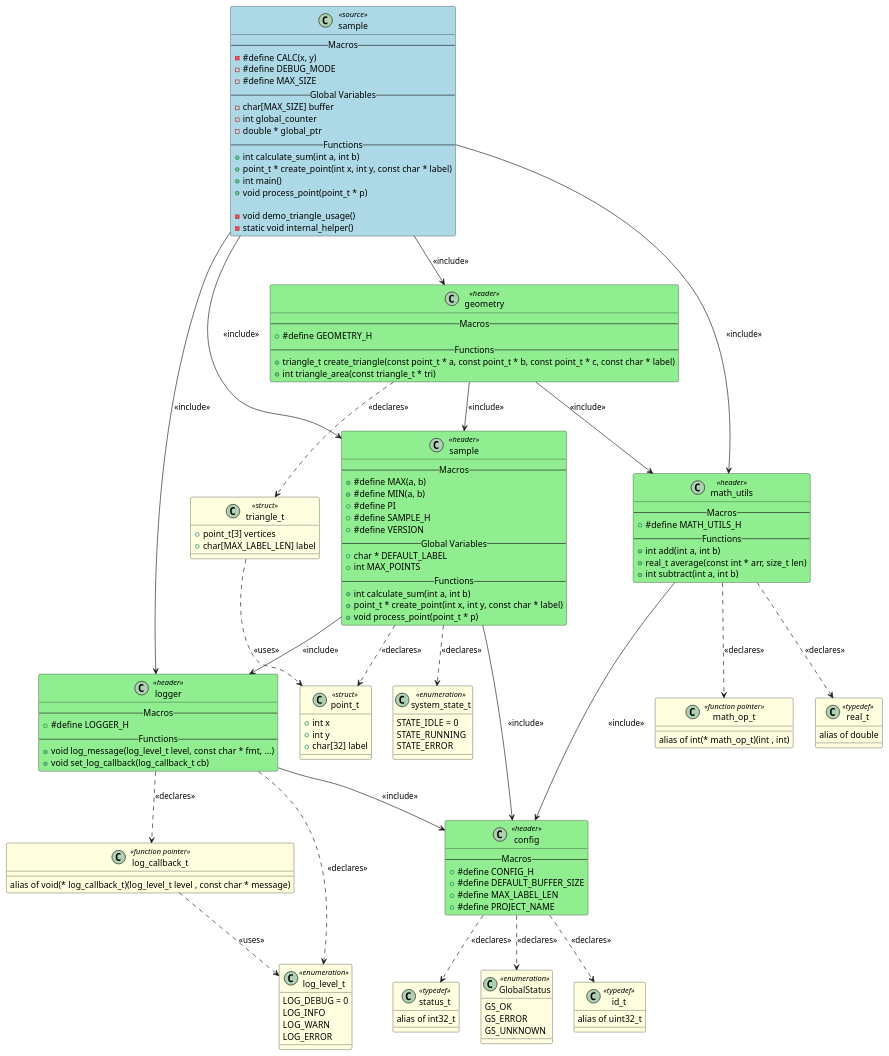
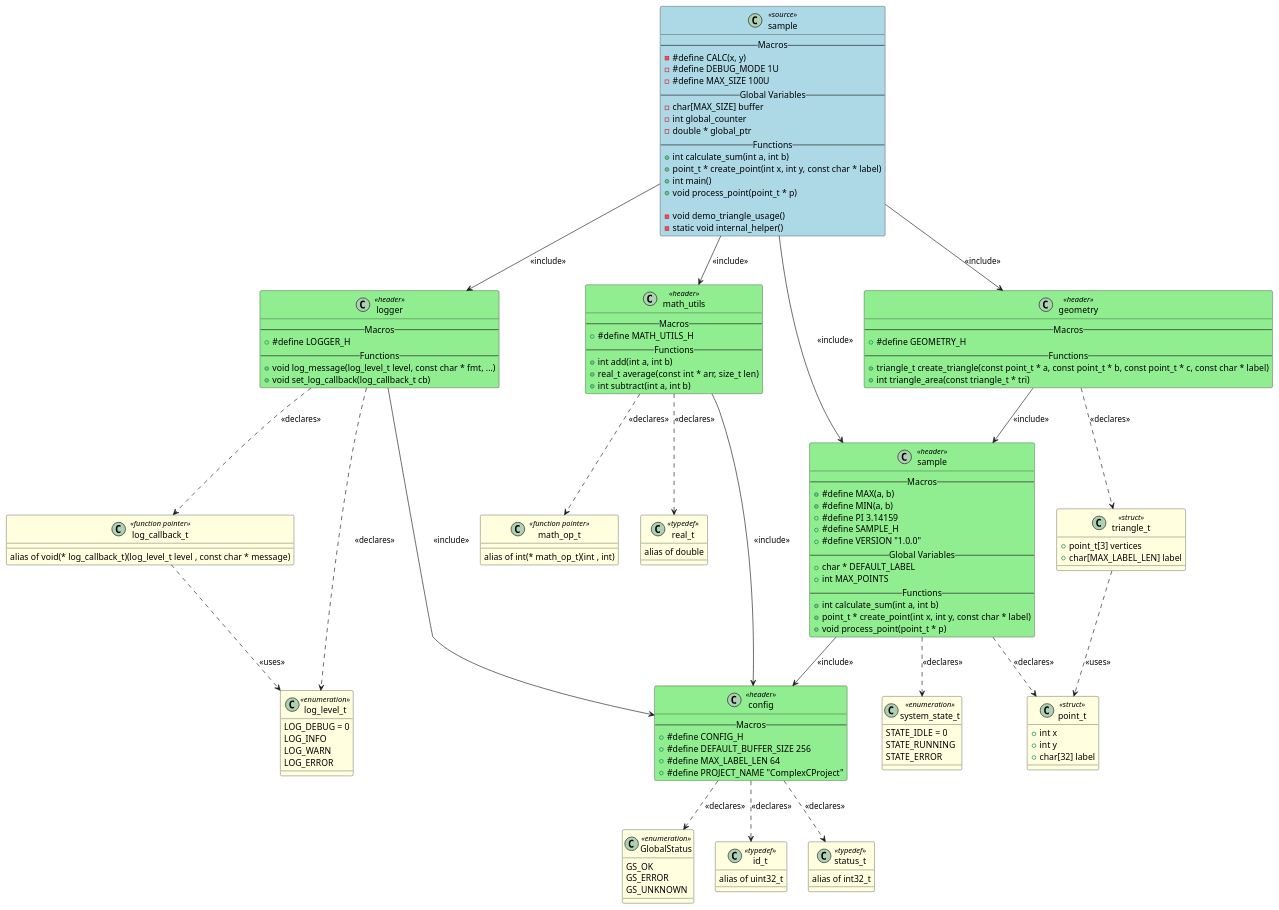
One commit to fischerjooo/c2puml changed the diagram in artifacts/output_example/sample.puml. Above: the diagram before and after it, drawn with PlantUML. The commit also changed 39 other files, not shown here.

```diff
--- a/artifacts/output_example/sample.puml
+++ b/artifacts/output_example/sample.puml
@@ -1,166 +1,164 @@
 @startuml sample
 
 class "sample" as SAMPLE <<source>> #LightBlue
 {
     -- Macros --
     - #define CALC(x, y)
-    - #define DEBUG_MODE
-    - #define MAX_SIZE
+    - #define DEBUG_MODE 1U
+    - #define MAX_SIZE 100U
     -- Global Variables --
     - char[MAX_SIZE] buffer
     - int global_counter
     - double * global_ptr
     -- Functions --
     + int calculate_sum(int a, int b)
     + point_t * create_point(int x, int y, const char * label)
     + int main()
     + void process_point(point_t * p)
 
     - void demo_triangle_usage()
     - static void internal_helper()
 }
 
 class "config" as HEADER_CONFIG <<header>> #LightGreen
 {
     -- Macros --
     + #define CONFIG_H
-    + #define DEFAULT_BUFFER_SIZE
-    + #define MAX_LABEL_LEN
-    + #define PROJECT_NAME
+    + #define DEFAULT_BUFFER_SIZE 256
+    + #define MAX_LABEL_LEN 64
+    + #define PROJECT_NAME "ComplexCProject"
 }
 
 class "geometry" as HEADER_GEOMETRY <<header>> #LightGreen
 {
     -- Macros --
     + #define GEOMETRY_H
     -- Functions --
     + triangle_t create_triangle(const point_t * a, const point_t * b, const point_t * c, const char * label)
     + int triangle_area(const triangle_t * tri)
 }
 
 class "logger" as HEADER_LOGGER <<header>> #LightGreen
 {
     -- Macros --
     + #define LOGGER_H
     -- Functions --
     + void log_message(log_level_t level, const char * fmt, ...)
     + void set_log_callback(log_callback_t cb)
 }
 
 class "math_utils" as HEADER_MATH_UTILS <<header>> #LightGreen
 {
     -- Macros --
     + #define MATH_UTILS_H
     -- Functions --
     + int add(int a, int b)
     + real_t average(const int * arr, size_t len)
     + int subtract(int a, int b)
 }
 
 class "sample" as HEADER_SAMPLE <<header>> #LightGreen
 {
     -- Macros --
     + #define MAX(a, b)
     + #define MIN(a, b)
-    + #define PI
+    + #define PI 3.14159
     + #define SAMPLE_H
-    + #define VERSION
+    + #define VERSION "1.0.0"
     -- Global Variables --
     + char * DEFAULT_LABEL
     + int MAX_POINTS
     -- Functions --
     + int calculate_sum(int a, int b)
     + point_t * create_point(int x, int y, const char * label)
     + void process_point(point_t * p)
 }
 
 class "GlobalStatus" as TYPEDEF_GLOBALSTATUS <<enumeration>> #LightYellow
 {
     GS_OK
     GS_ERROR
     GS_UNKNOWN
 }
 
 class "id_t" as TYPEDEF_ID_T <<typedef>> #LightYellow
 {
     alias of uint32_t
 }
 
 class "status_t" as TYPEDEF_STATUS_T <<typedef>> #LightYellow
 {
     alias of int32_t
 }
 
 class "triangle_t" as TYPEDEF_TRIANGLE_T <<struct>> #LightYellow
 {
     + point_t[3] vertices
     + char[MAX_LABEL_LEN] label
 }
 
 class "log_level_t" as TYPEDEF_LOG_LEVEL_T <<enumeration>> #LightYellow
 {
     LOG_DEBUG = 0
     LOG_INFO
     LOG_WARN
     LOG_ERROR
 }
 
 class "log_callback_t" as TYPEDEF_LOG_CALLBACK_T <<function pointer>> #LightYellow
 {
     alias of void(* log_callback_t)(log_level_t level , const char * message)
 }
 
 class "math_op_t" as TYPEDEF_MATH_OP_T <<function pointer>> #LightYellow
 {
     alias of int(* math_op_t)(int , int)
 }
 
 class "real_t" as TYPEDEF_REAL_T <<typedef>> #LightYellow
 {
     alias of double
 }
 
 class "point_t" as TYPEDEF_POINT_T <<struct>> #LightYellow
 {
     + int x
     + int y
     + char[32] label
 }
 
 class "system_state_t" as TYPEDEF_SYSTEM_STATE_T <<enumeration>> #LightYellow
 {
     STATE_IDLE = 0
     STATE_RUNNING
     STATE_ERROR
 }
 
 
 ' Include relationships
-HEADER_GEOMETRY --> HEADER_MATH_UTILS : <<include>>
 HEADER_GEOMETRY --> HEADER_SAMPLE : <<include>>
 HEADER_LOGGER --> HEADER_CONFIG : <<include>>
 HEADER_MATH_UTILS --> HEADER_CONFIG : <<include>>
 SAMPLE --> HEADER_GEOMETRY : <<include>>
 SAMPLE --> HEADER_LOGGER : <<include>>
 SAMPLE --> HEADER_MATH_UTILS : <<include>>
 SAMPLE --> HEADER_SAMPLE : <<include>>
 HEADER_SAMPLE --> HEADER_CONFIG : <<include>>
-HEADER_SAMPLE --> HEADER_LOGGER : <<include>>
 
 ' Declaration relationships
 HEADER_CONFIG ..> TYPEDEF_GLOBALSTATUS : <<declares>>
 HEADER_CONFIG ..> TYPEDEF_ID_T : <<declares>>
 HEADER_CONFIG ..> TYPEDEF_STATUS_T : <<declares>>
 HEADER_GEOMETRY ..> TYPEDEF_TRIANGLE_T : <<declares>>
 HEADER_LOGGER ..> TYPEDEF_LOG_LEVEL_T : <<declares>>
 HEADER_LOGGER ..> TYPEDEF_LOG_CALLBACK_T : <<declares>>
 HEADER_MATH_UTILS ..> TYPEDEF_MATH_OP_T : <<declares>>
 HEADER_MATH_UTILS ..> TYPEDEF_REAL_T : <<declares>>
 HEADER_SAMPLE ..> TYPEDEF_POINT_T : <<declares>>
 HEADER_SAMPLE ..> TYPEDEF_SYSTEM_STATE_T : <<declares>>
 
 ' Uses relationships
 TYPEDEF_TRIANGLE_T ..> TYPEDEF_POINT_T : <<uses>>
 TYPEDEF_LOG_CALLBACK_T ..> TYPEDEF_LOG_LEVEL_T : <<uses>>
 
 @enduml
```
